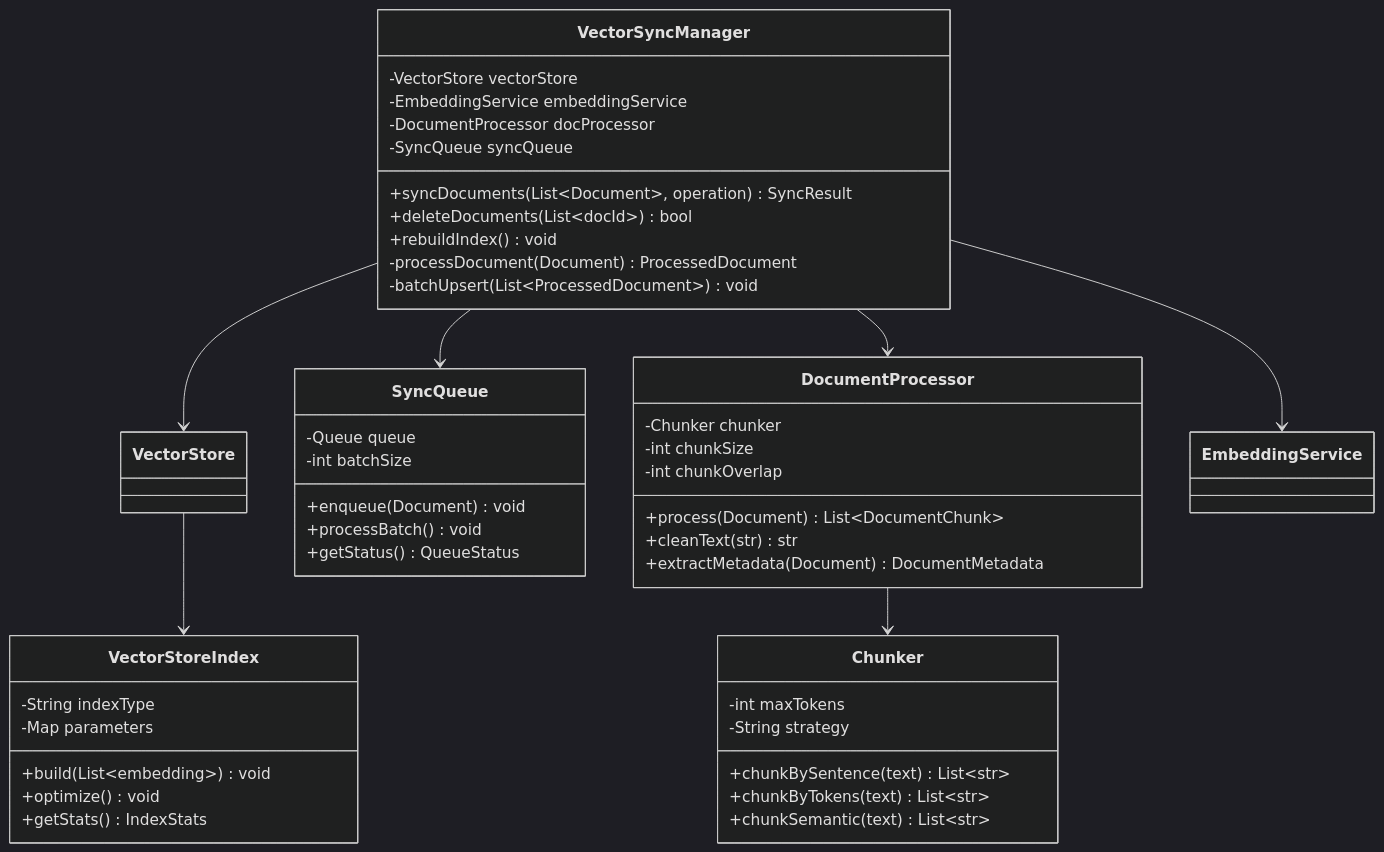
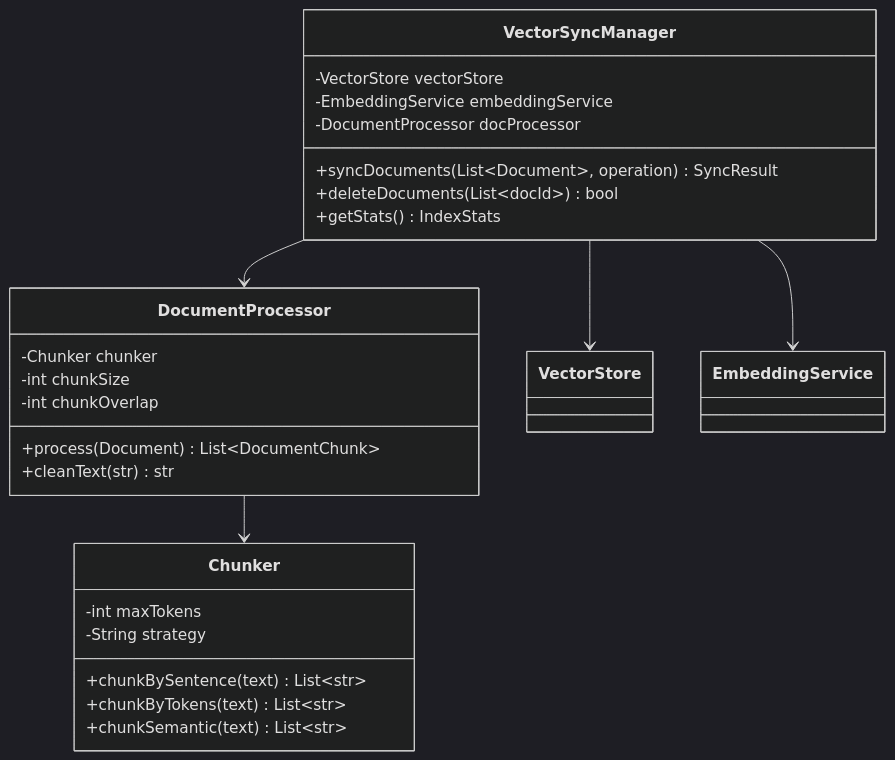
One commit to tvanle/Module2-HTTM changed the fifth of 10 diagrams in README.md. Above: the diagram before and after it, drawn with Mermaid (dark theme). The commit also changed other lines of this file, not shown here.

````diff
--- a/README.md
+++ b/README.md
@@ -494,54 +397,32 @@
 ```mermaid
 classDiagram
     class VectorSyncManager {
         -VectorStore vectorStore
         -EmbeddingService embeddingService
         -DocumentProcessor docProcessor
-        -SyncQueue syncQueue
         +syncDocuments(List~Document~, operation) SyncResult
         +deleteDocuments(List~docId~) bool
-        +rebuildIndex() void
-        -processDocument(Document) ProcessedDocument
-        -batchUpsert(List~ProcessedDocument~) void
+        +getStats() IndexStats
     }
 
     class DocumentProcessor {
         -Chunker chunker
         -int chunkSize
         -int chunkOverlap
         +process(Document) List~DocumentChunk~
         +cleanText(str) str
-        +extractMetadata(Document) DocumentMetadata
     }
 
     class Chunker {
         -int maxTokens
         -String strategy
         +chunkBySentence(text) List~str~
         +chunkByTokens(text) List~str~
         +chunkSemantic(text) List~str~
     }
 
-    class SyncQueue {
-        -Queue queue
-        -int batchSize
-        +enqueue(Document) void
-        +processBatch() void
-        +getStatus() QueueStatus
-    }
-
-    class VectorStoreIndex {
-        -String indexType
-        -Map parameters
-        +build(List~embedding~) void
-        +optimize() void
-        +getStats() IndexStats
-    }
-
     VectorSyncManager --> VectorStore
     VectorSyncManager --> EmbeddingService
     VectorSyncManager --> DocumentProcessor
-    VectorSyncManager --> SyncQueue
     DocumentProcessor --> Chunker
-    VectorStore --> VectorStoreIndex
 ```
````
